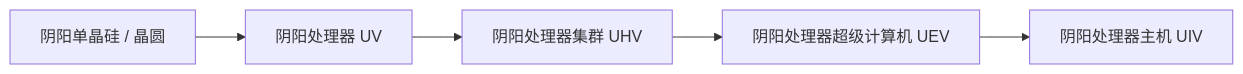
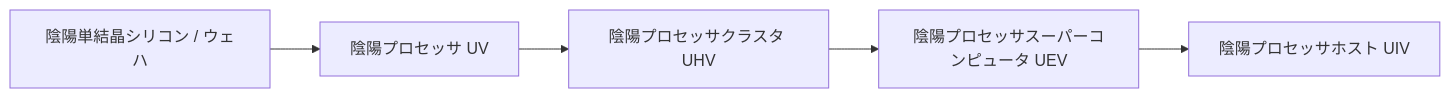
The second of 2 diagrams in docs/ja/gtecore/circuits-and-materials.md (takanashisatou/GregtechEasy-Docs), drawn with Mermaid before and after one commit. The commit also changed other lines of this file and 99 other files, not shown here.

````diff
--- a/docs/ja/gtecore/circuits-and-materials.md
+++ b/docs/ja/gtecore/circuits-and-materials.md
@@ -30,7 +30,7 @@
 ```mermaid
 graph LR
-    A[阴阳单晶硅 / 晶圆] --> B[阴阳处理器 UV]
-    B --> C[阴阳处理器集群 UHV]
-    C --> D[阴阳处理器超级计算机 UEV]
-    D --> E[阴阳处理器主机 UIV]
+    A[陰陽単結晶シリコン / ウェハ] --> B[陰陽プロセッサ UV]
+    B --> C[陰陽プロセッサクラスタ UHV]
+    C --> D[陰陽プロセッサスーパーコンピュータ UEV]
+    D --> E[陰陽プロセッサホスト UIV]
 ```
````
